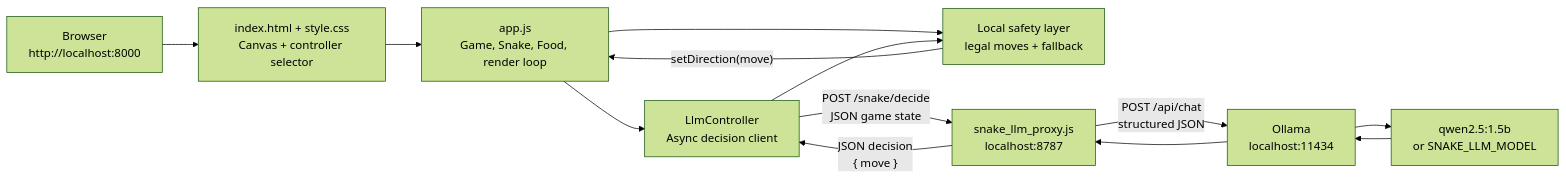
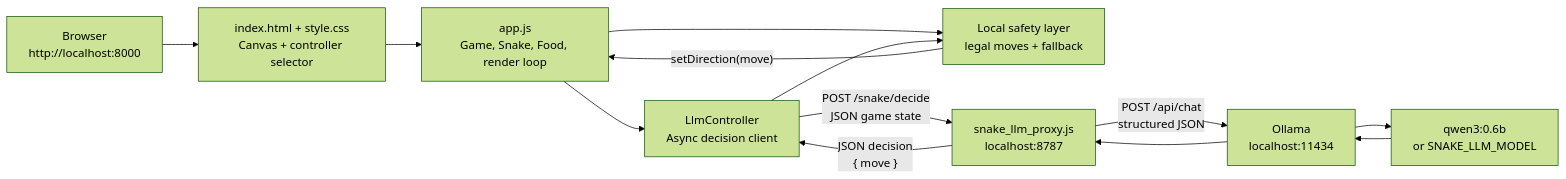
One commit to djeada/llm-queries changed the first of 5 diagrams in projects/snake-llm/ARCHITECTURE.md. Above: the diagram before and after it, drawn with Mermaid (forest theme). The commit also changed other lines of this file and 61 other files, not shown here.

````diff
--- a/projects/snake-llm/ARCHITECTURE.md
+++ b/projects/snake-llm/ARCHITECTURE.md
@@ -7,24 +10,24 @@
 ```mermaid
 flowchart LR
     Browser["Browser\nhttp://localhost:8000"]
     UI["index.html + style.css\nCanvas + controller selector"]
     Game["app.js\nGame, Snake, Food, render loop"]
     Controller["LlmController\nAsync decision client"]
     Validator["Local safety layer\nlegal moves + fallback"]
     Proxy["snake_llm_proxy.js\nlocalhost:8787"]
     Ollama["Ollama\nlocalhost:11434"]
-    Model["qwen2.5:1.5b\nor SNAKE_LLM_MODEL"]
+    Model["qwen3:0.6b\nor SNAKE_LLM_MODEL"]
 
     Browser --> UI
     UI --> Game
     Game --> Validator
     Game --> Controller
     Controller -->|"POST /snake/decide\nJSON game state"| Proxy
     Proxy -->|"POST /api/chat\nstructured JSON"| Ollama
     Ollama --> Model
     Model --> Ollama
     Ollama --> Proxy
     Proxy -->|"JSON decision\n{ move }"| Controller
     Controller --> Validator
     Validator -->|"setDirection(move)"| Game
 ```
````
